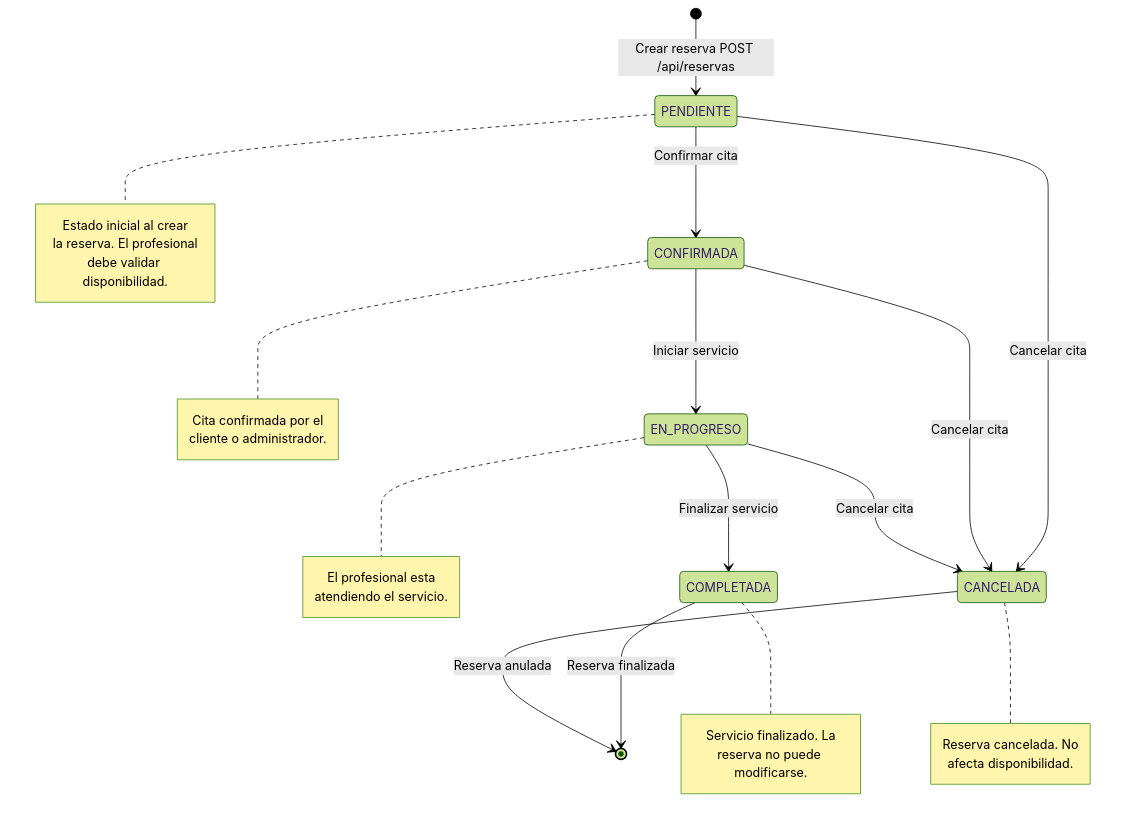
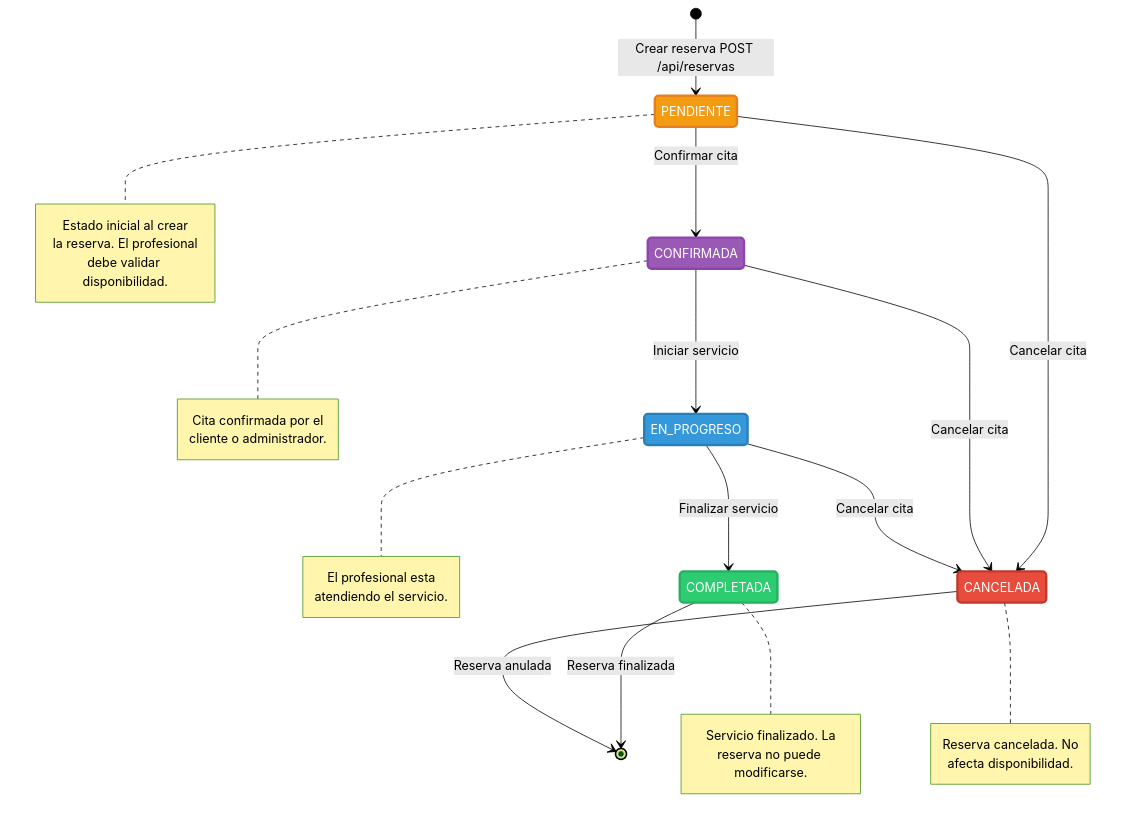
One commit to JokerMx/neonpulse-salon changed the diagram in docs/diagrama-estados.md. Above: the diagram before and after it, drawn with Mermaid (forest theme). The commit also changed 11 other files, not shown here.

````diff
--- a/docs/diagrama-estados.md
+++ b/docs/diagrama-estados.md
@@ -3,42 +3,48 @@
 ```mermaid
 stateDiagram-v2
     [*] --> PENDIENTE: Crear reserva POST /api/reservas
 
     PENDIENTE --> CONFIRMADA: Confirmar cita
     PENDIENTE --> CANCELADA: Cancelar cita
 
     CONFIRMADA --> EN_PROGRESO: Iniciar servicio
     CONFIRMADA --> CANCELADA: Cancelar cita
 
     EN_PROGRESO --> COMPLETADA: Finalizar servicio
     EN_PROGRESO --> CANCELADA: Cancelar cita
 
     COMPLETADA --> [*]: Reserva finalizada
     CANCELADA --> [*]: Reserva anulada
 
     note right of PENDIENTE
         Estado inicial al crear
         la reserva. El profesional
         debe validar disponibilidad.
     end note
 
     note right of CONFIRMADA
         Cita confirmada por el
         cliente o administrador.
     end note
 
     note right of EN_PROGRESO
         El profesional esta
         atendiendo el servicio.
     end note
 
     note right of COMPLETADA
         Servicio finalizado. La
         reserva no puede modificarse.
     end note
 
     note right of CANCELADA
         Reserva cancelada. No
         afecta disponibilidad.
     end note
+
+    style PENDIENTE fill:#f39c12,stroke:#e67e22,color:#fff,stroke-width:3px
+    style CONFIRMADA fill:#9b59b6,stroke:#8e44ad,color:#fff,stroke-width:3px
+    style EN_PROGRESO fill:#3498db,stroke:#2980b9,color:#fff,stroke-width:3px
+    style COMPLETADA fill:#2ecc71,stroke:#27ae60,color:#fff,stroke-width:3px
+    style CANCELADA fill:#e74c3c,stroke:#c0392b,color:#fff,stroke-width:3px
 ```
````
